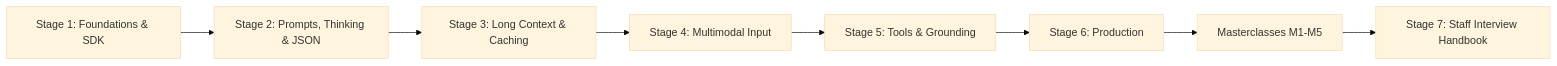
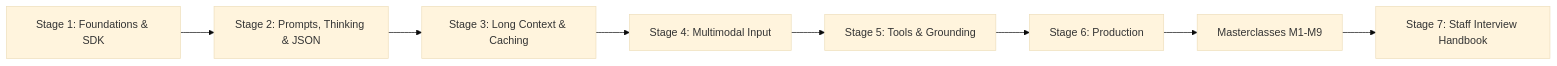
The first of 58 diagrams in README.md (manthanank/learn-gemini), drawn with Mermaid (base theme) before and after one commit. The commit also changed other lines of this file and 10 other files, not shown here.

````diff
--- a/README.md
+++ b/README.md
@@ -33,10 +33,10 @@
 ```mermaid
 flowchart LR
     S1["Stage 1: Foundations & SDK"] --> S2["Stage 2: Prompts, Thinking & JSON"]
     S2 --> S3["Stage 3: Long Context & Caching"]
     S3 --> S4["Stage 4: Multimodal Input"]
     S4 --> S5["Stage 5: Tools & Grounding"]
     S5 --> S6["Stage 6: Production"]
-    S6 --> M["Masterclasses M1-M5"]
+    S6 --> M["Masterclasses M1-M9"]
     M --> S7["Stage 7: Staff Interview Handbook"]
 ```
````
